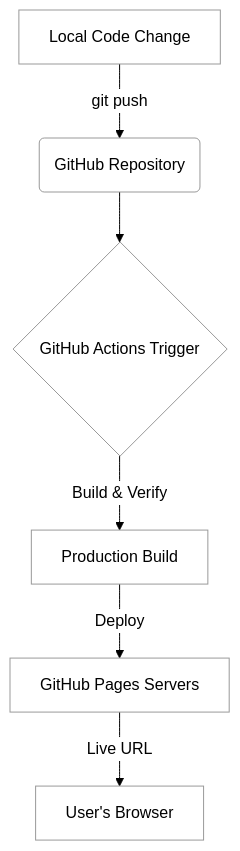
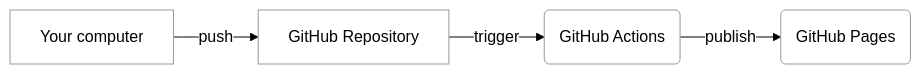
The third of 3 diagrams in instruction/github-pages/github-pages.md (webprogramming260/webprogramming), drawn with Mermaid before and after one commit. The commit also changed other lines of this file, not shown here.

Commit message:
Lee Jensen - update(GitHub Pages)

````diff
--- a/instruction/github-pages/github-pages.md
+++ b/instruction/github-pages/github-pages.md
@@ -44,9 +136,7 @@
 ```mermaid
 %%{init: { 'theme': 'neutral', 'themeVariables': { 'mainBkg': '#ffffff', 'lineColor': '#000000', 'primaryTextColor': '#000000', 'actorBorder': '#000000', 'participantBorder': '#000000', 'noteBorderColor': '#000000' } }}%%
-graph TD
-    A[Local Code Change] -->|git push| B(GitHub Repository)
-    B --> C{GitHub Actions Trigger}
-    C -->|Build & Verify| D[Production Build]
-    D -->|Deploy| E[GitHub Pages Servers]
-    E -->|Live URL| F[User's Browser]
+graph LR
+    L[Your computer] --> |push| A[GitHub Repository]
+    A -->|trigger| B(GitHub Actions)
+    B --> |publish| C(GitHub Pages)
 ```
````
